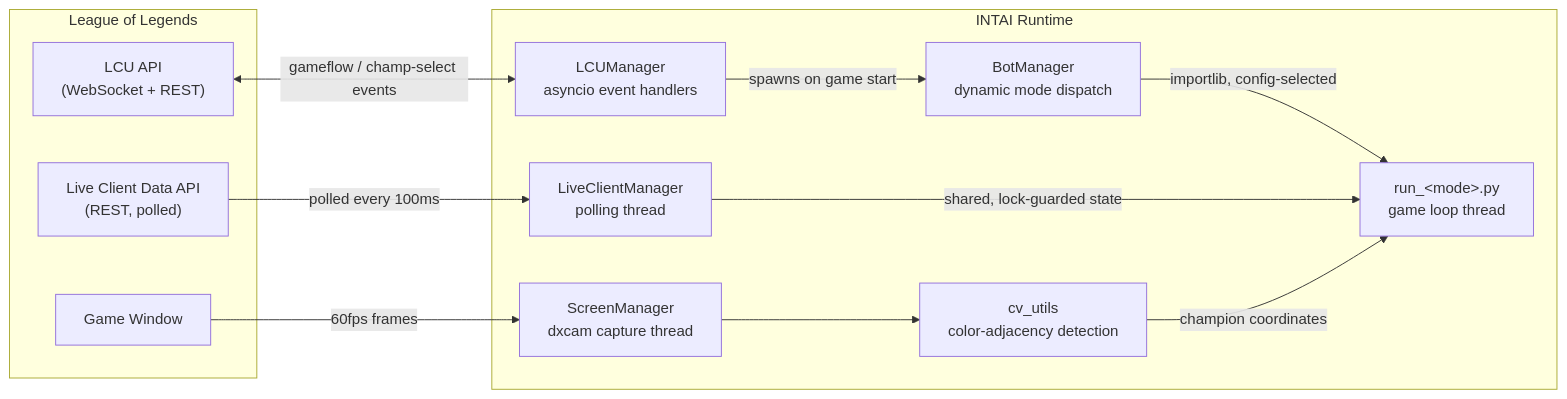
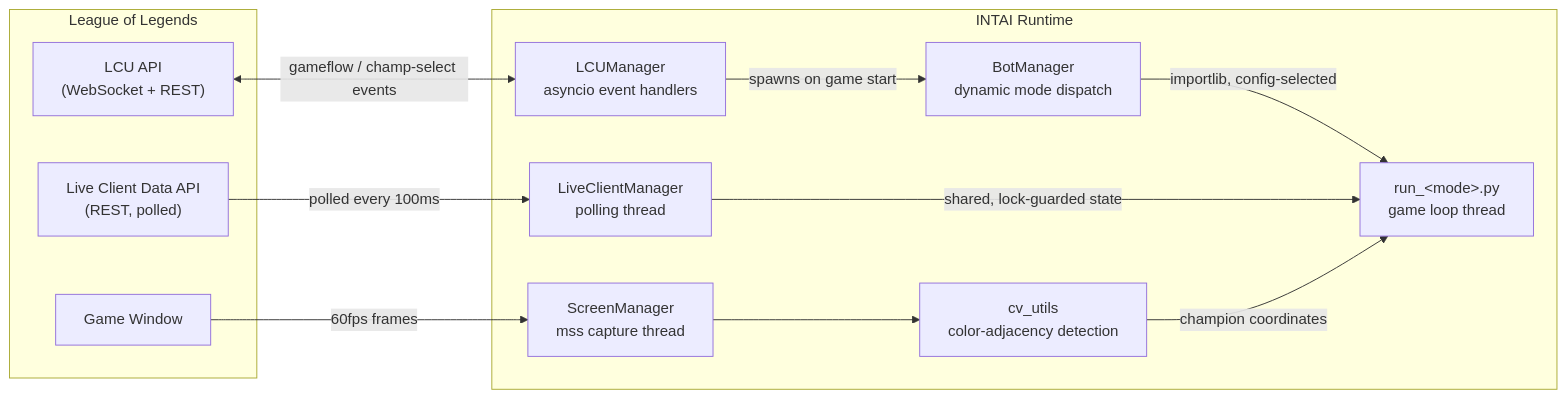
The diagram in README.md (tyroneous9/League-Scripts-2), drawn with Mermaid before and after one commit. The commit also changed other lines of this file and 20 other files, not shown here.

````diff
--- a/README.md
+++ b/README.md
@@ -19,26 +19,26 @@
 ```mermaid
 flowchart LR
     subgraph League["League of Legends"]
         LCU["LCU API<br/>(WebSocket + REST)"]
         LiveData["Live Client Data API<br/>(REST, polled)"]
         Screen["Game Window"]
     end
 
     subgraph INTAI["INTAI Runtime"]
         LCUManager["LCUManager<br/>asyncio event handlers"]
         LiveClientManager["LiveClientManager<br/>polling thread"]
-        ScreenManager["ScreenManager<br/>dxcam capture thread"]
+        ScreenManager["ScreenManager<br/>mss capture thread"]
         CV["cv_utils<br/>color-adjacency detection"]
         BotManager["BotManager<br/>dynamic mode dispatch"]
         Loop["run_&lt;mode&gt;.py<br/>game loop thread"]
     end
 
     LCU <-->|gameflow / champ-select events| LCUManager
     LiveData -->|polled every 100ms| LiveClientManager
     Screen -->|60fps frames| ScreenManager
     ScreenManager --> CV
     LCUManager -->|spawns on game start| BotManager
     BotManager -->|importlib, config-selected| Loop
     LiveClientManager -->|shared, lock-guarded state| Loop
     CV -->|champion coordinates| Loop
 ```
````
